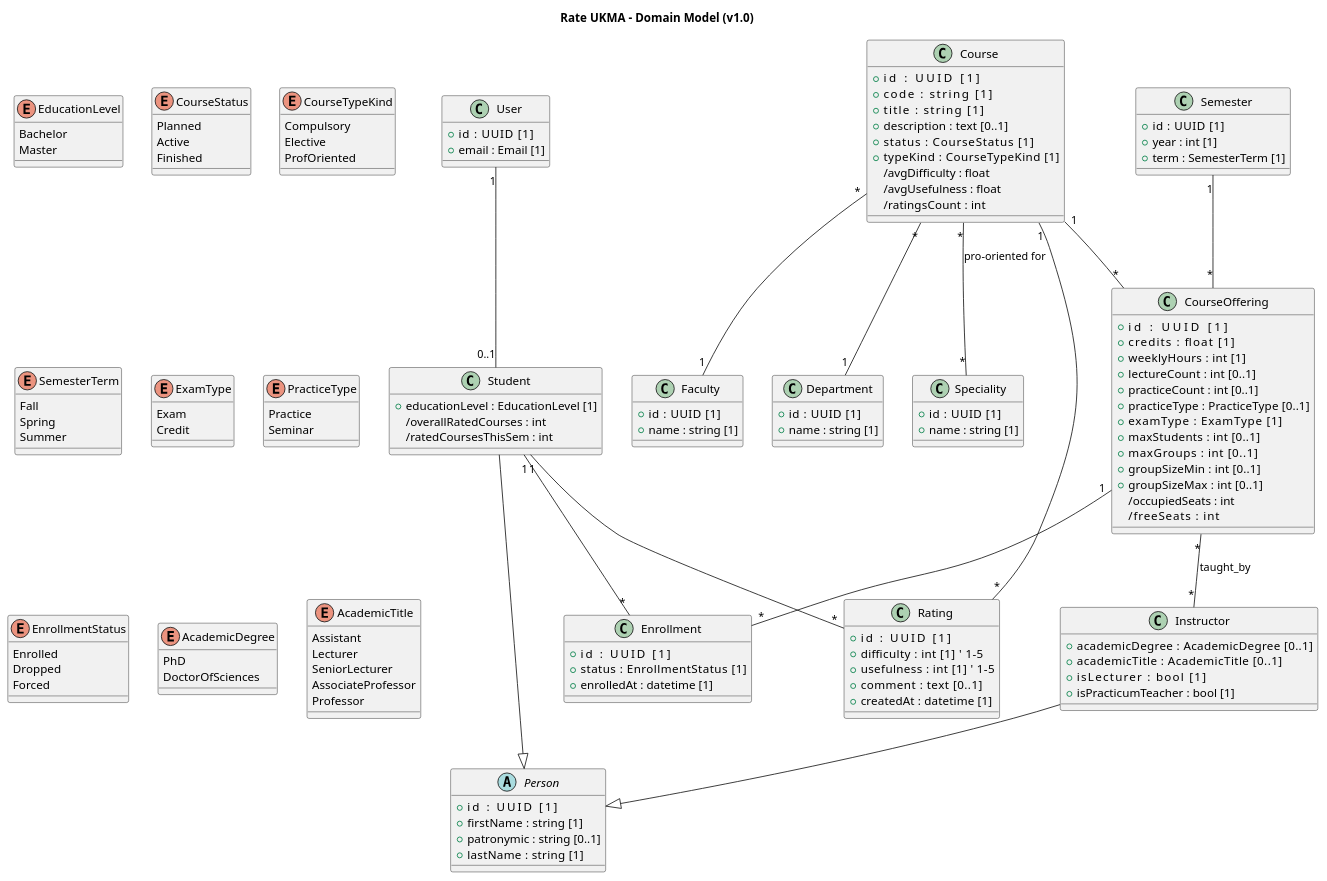
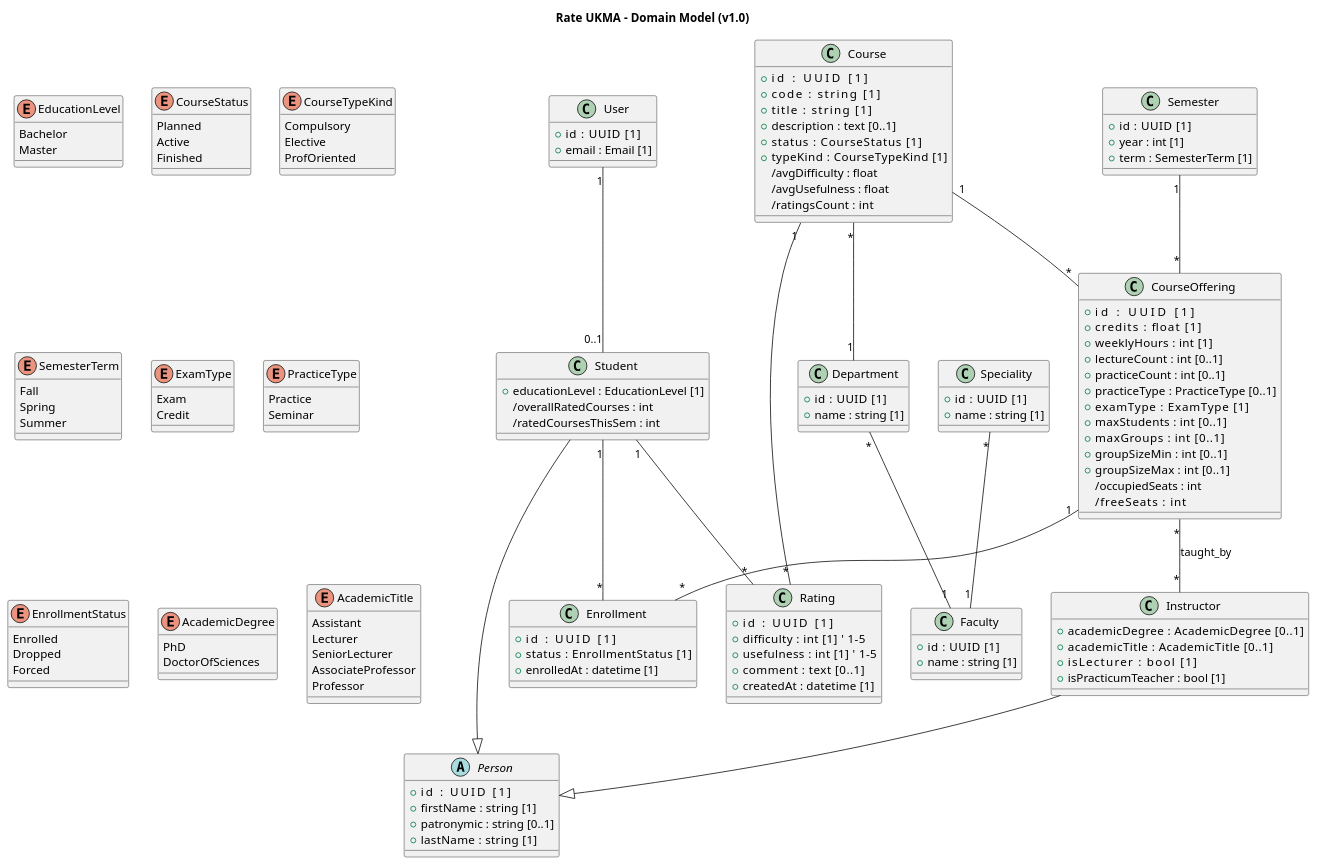
Before and after one commit to ukma-cs-ssdm-2025/rate-ukma: the diagram in docs/architecture/uml/domain-model.puml, drawn with PlantUML.

Commit message:
docs(#86): normalize Department, Speciality, Faculty relationships

```diff
--- a/docs/architecture/uml/domain-model.puml
+++ b/docs/architecture/uml/domain-model.puml
@@ -1,157 +1,157 @@
 @startuml core-domain-model
 title Rate UKMA – Domain Model (v1.0)
 
 class User {
   +id    : UUID [1]
   +email : Email [1]
 }
 
 abstract class Person {
   +id         : UUID [1]
   +firstName  : string [1]
   +patronymic : string [0..1]
   +lastName   : string [1]
 }
 
 class Student {
   +educationLevel : EducationLevel [1]
   /overallRatedCourses : int
   /ratedCoursesThisSem : int
 }
 User "1" -- "0..1" Student
 Student --|> Person
 
 class Instructor {
   +academicDegree     : AcademicDegree [0..1]
   +academicTitle      : AcademicTitle [0..1]
   +isLecturer         : bool [1]
   +isPracticumTeacher : bool [1]
 }
 Instructor --|> Person
 
 class Faculty {
   +id   : UUID [1]
   +name : string [1]
 }
 
 class Department {
   +id   : UUID [1]
   +name : string [1]
 }
+Department "*" -- "1" Faculty
 
 class Speciality {
   +id   : UUID [1]
   +name : string [1]
 }
+Speciality "*" -- "1" Faculty
 
 class Course {
   +id           : UUID [1]
   +code         : string [1]
   +title        : string [1]
   +description  : text [0..1]
   +status       : CourseStatus [1]
   +typeKind     : CourseTypeKind [1]
   /avgDifficulty : float
   /avgUsefulness : float
   /ratingsCount  : int
 }
-Course "*" -- "1" Faculty
 Course "*" -- "1" Department
-Course "*" -- "*" Speciality : pro-oriented for
 
 class Semester {
   +id   : UUID [1]
   +year : int [1]
   +term : SemesterTerm [1]
 }
 
 class CourseOffering {
   +id            : UUID [1]
   +credits       : float [1]
   +weeklyHours   : int [1]
   +lectureCount  : int [0..1]
   +practiceCount : int [0..1]
   +practiceType  : PracticeType [0..1]
   +examType      : ExamType [1]
   +maxStudents   : int [0..1]
   +maxGroups     : int [0..1]
   +groupSizeMin  : int [0..1]
   +groupSizeMax  : int [0..1]
   /occupiedSeats : int
   /freeSeats     : int
 }
 Course "1"   -- "*" CourseOffering
 Semester "1" -- "*" CourseOffering
 CourseOffering "*" -- "*" Instructor : taught_by
 
 class Enrollment {
   +id         : UUID [1]
   +status     : EnrollmentStatus [1]
   +enrolledAt : datetime [1]
 }
 Student "1"        -- "*" Enrollment
 CourseOffering "1" -- "*" Enrollment
 
 class Rating {
   +id         : UUID [1]
   +difficulty : int [1]    ' 1–5
   +usefulness : int [1]    ' 1–5
   +comment    : text [0..1]
   +createdAt  : datetime [1]
 }
 Student "1" -- "*" Rating
 Course  "1" -- "*" Rating
 
 enum EducationLevel {
   Bachelor
   Master
 }
 
 enum CourseStatus {
   Planned
   Active
   Finished
 }
 
 enum CourseTypeKind {
   Compulsory
   Elective
   ProfOriented
 }
 
 enum SemesterTerm {
   Fall
   Spring
   Summer
 }
 
 enum ExamType {
   Exam
   Credit
 }
 
 enum PracticeType {
   Practice
   Seminar
 }
 
 enum EnrollmentStatus {
   Enrolled
   Dropped
   Forced
 }
 
 enum AcademicDegree {
   PhD
   DoctorOfSciences
 }
 
 enum AcademicTitle {
   Assistant
   Lecturer
   SeniorLecturer
   AssociateProfessor   
   Professor            
 }
 
 @enduml
```
